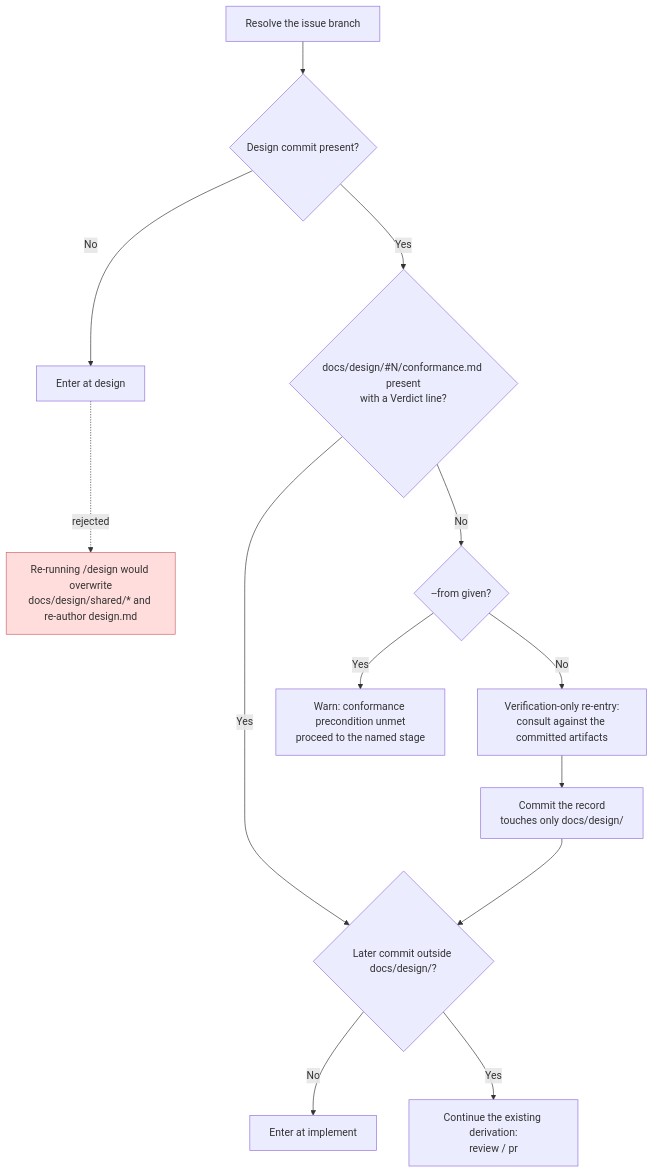
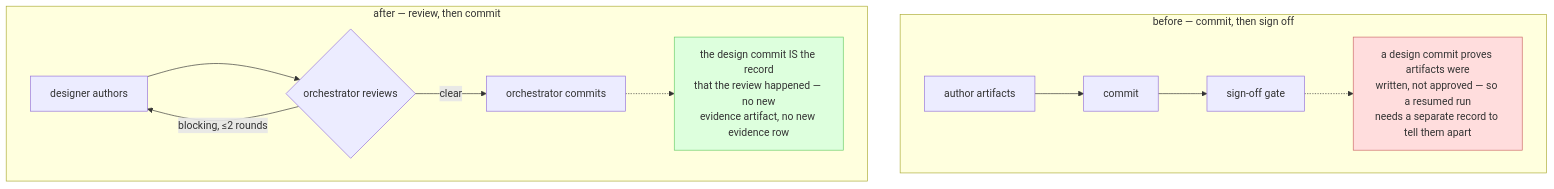
One commit to TE-ToshiakiTanaka2/tarnished changed the third of 3 diagrams in docs/design/#312/flowchart.md. Above: the diagram before and after it, drawn with Mermaid. The commit also changed other lines of this file and 7 other files, not shown here.

````diff
--- a/docs/design/#312/flowchart.md
+++ b/docs/design/#312/flowchart.md
@@ -34,16 +55,15 @@
 ```mermaid
 graph TD
-    A[Resolve the issue branch] --> B{Design commit present?}
-    B -->|No| C[Enter at design]
-    B -->|Yes| D{"docs/design/#N/conformance.md present<br/>with a Verdict line?"}
-    D -->|Yes| E{Later commit outside docs/design/?}
-    D -->|No| F{--from given?}
-    F -->|Yes| G[Warn: conformance precondition unmet<br/>proceed to the named stage]
-    F -->|No| H[Verification-only re-entry:<br/>consult against the committed artifacts]
-    H --> I[Commit the record<br/>touches only docs/design/]
-    I --> E
-    E -->|No| J[Enter at implement]
-    E -->|Yes| K[Continue the existing derivation:<br/>review / pr]
-    C -.rejected.-> X["Re-running /design would overwrite<br/>docs/design/shared/* and re-author design.md"]
-    style X fill:#fdd,stroke:#c66
+    subgraph before["before — commit, then sign off"]
+      A1[author artifacts] --> B1[commit] --> C1[sign-off gate]
+      C1 -.-> D1["a design commit proves artifacts were<br/>written, not approved — so a resumed run<br/>needs a separate record to tell them apart"]
+    end
+    subgraph after["after — review, then commit"]
+      A2[designer authors] --> B2{orchestrator reviews}
+      B2 -->|blocking, ≤2 rounds| A2
+      B2 -->|clear| C2[orchestrator commits]
+      C2 -.-> D2["the design commit IS the record<br/>that the review happened — no new<br/>evidence artifact, no new evidence row"]
+    end
+    style D1 fill:#fdd,stroke:#c66
+    style D2 fill:#dfd,stroke:#6c6
 ```
````
